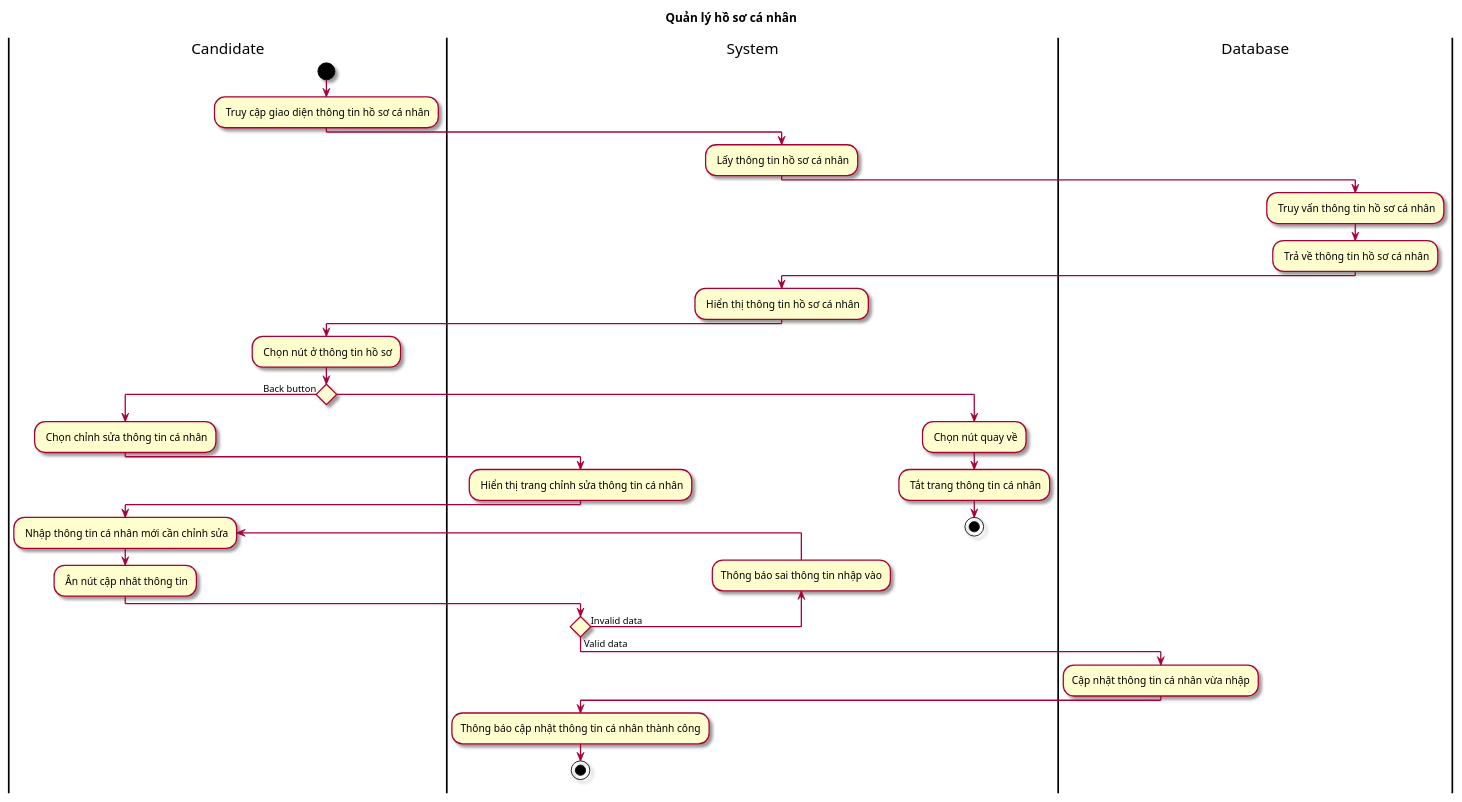
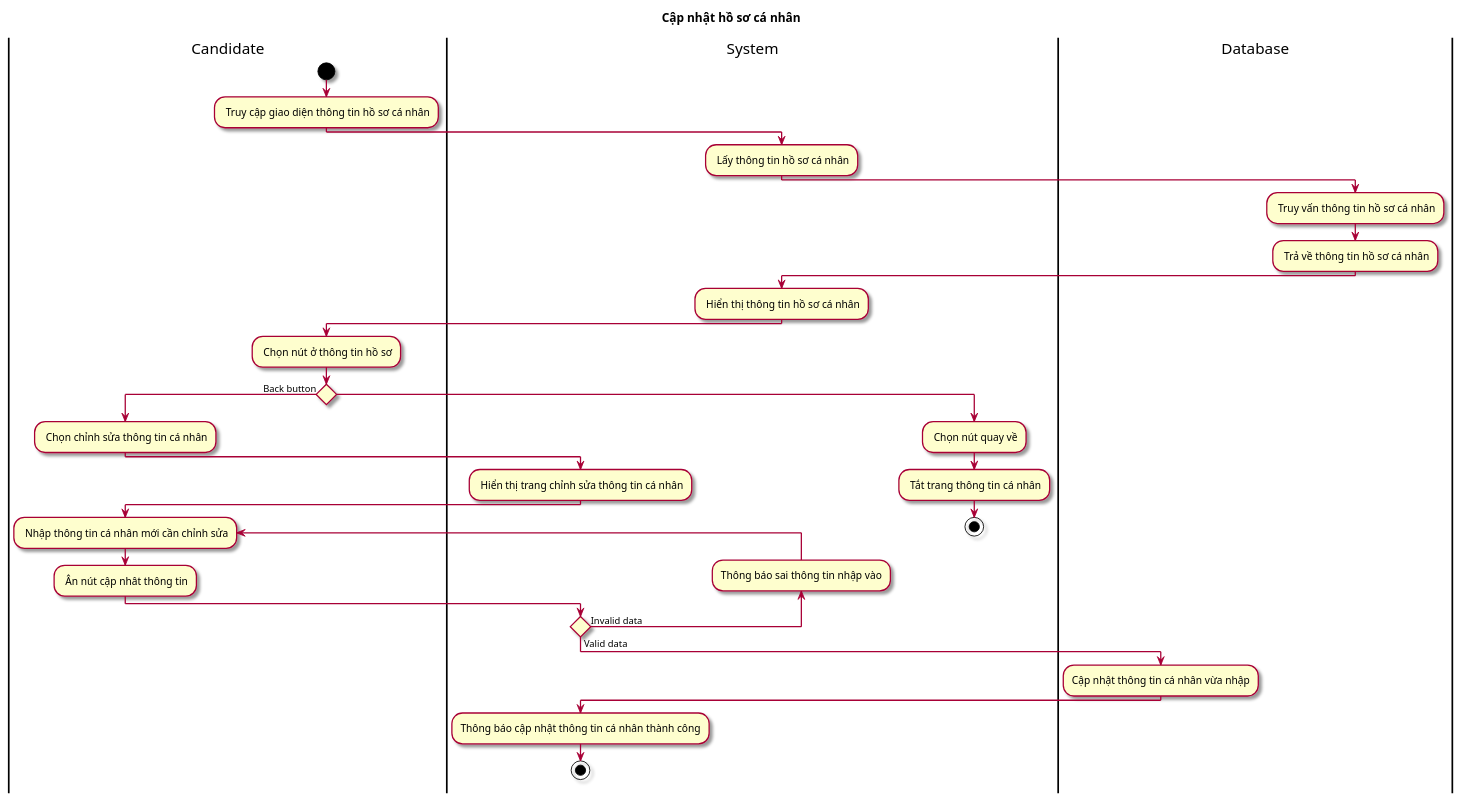
One commit to Griselda4774/EAS-EmploymentAssistanceSystem changed the diagram in Lab1/Lab 1.2 Diagram/Activity/FileUML/6.1 ActQuanLyHoSoCaNhan.puml. Above: the diagram before and after it, drawn with PlantUML. The commit also changed 19 other files, not shown here.

```diff
--- a/Lab1/Lab 1.2 Diagram/Activity/FileUML/6.1 ActQuanLyHoSoCaNhan.puml
+++ b/Lab1/Lab 1.2 Diagram/Activity/FileUML/6.1 ActQuanLyHoSoCaNhan.puml
@@ -1,37 +1,37 @@
 @startuml ActQuanLyHoSoCaNhan
-title Quản lý hồ sơ cá nhân
+title Cập nhật hồ sơ cá nhân
 skin rose
 |Candidate|
 start
 : Truy cập giao diện thông tin hồ sơ cá nhân;
 |System|
 : Lấy thông tin hồ sơ cá nhân;
 |Database|
 : Truy vấn thông tin hồ sơ cá nhân;
 : Trả về thông tin hồ sơ cá nhân;
 |System|
 : Hiển thị thông tin hồ sơ cá nhân;
 |Candidate|
 : Chọn nút ở thông tin hồ sơ;
 if () then (Back button)
 |Candidate|
 : Chọn chỉnh sửa thông tin cá nhân;
 |System|
 : Hiển thị trang chỉnh sửa thông tin cá nhân;
 |Candidate|
 repeat: Nhập thông tin cá nhân mới cần chỉnh sửa;
 : Ân nút cập nhât thông tin;
 |System|
 backward :Thông báo sai thông tin nhập vào;
 repeat while () is (Invalid data) not (Valid data)
 |Database|
 :Cập nhật thông tin cá nhân vừa nhập;
 |System|
 :Thông báo cập nhật thông tin cá nhân thành công;
 stop
 else
 : Chọn nút quay về;
 |System|
 : Tắt trang thông tin cá nhân;
 stop
 @enduml
```
